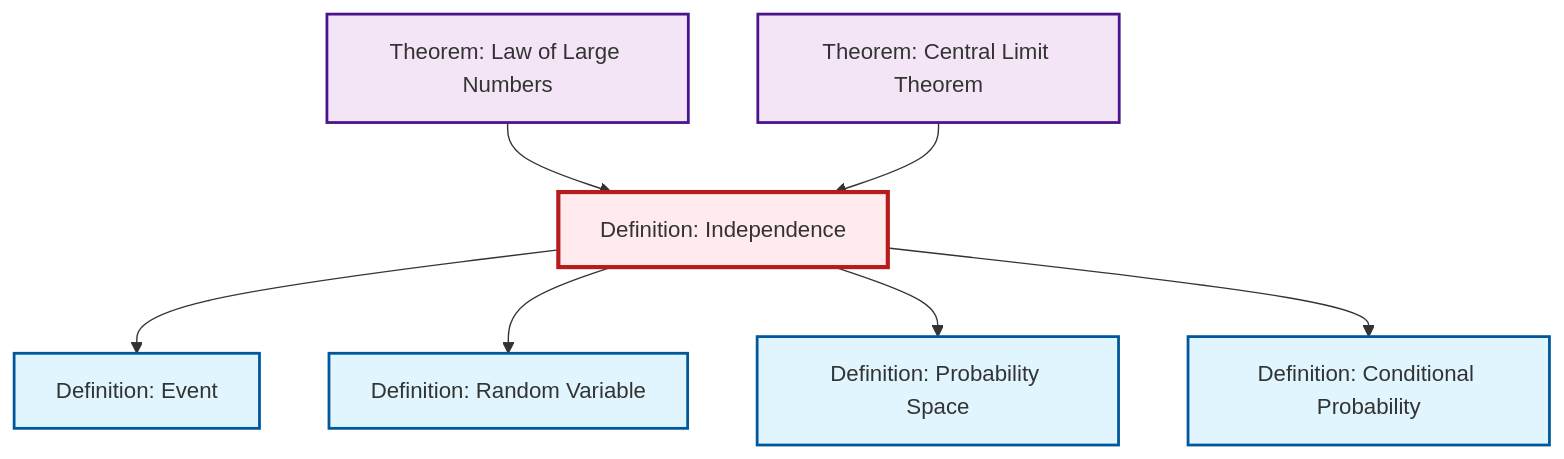
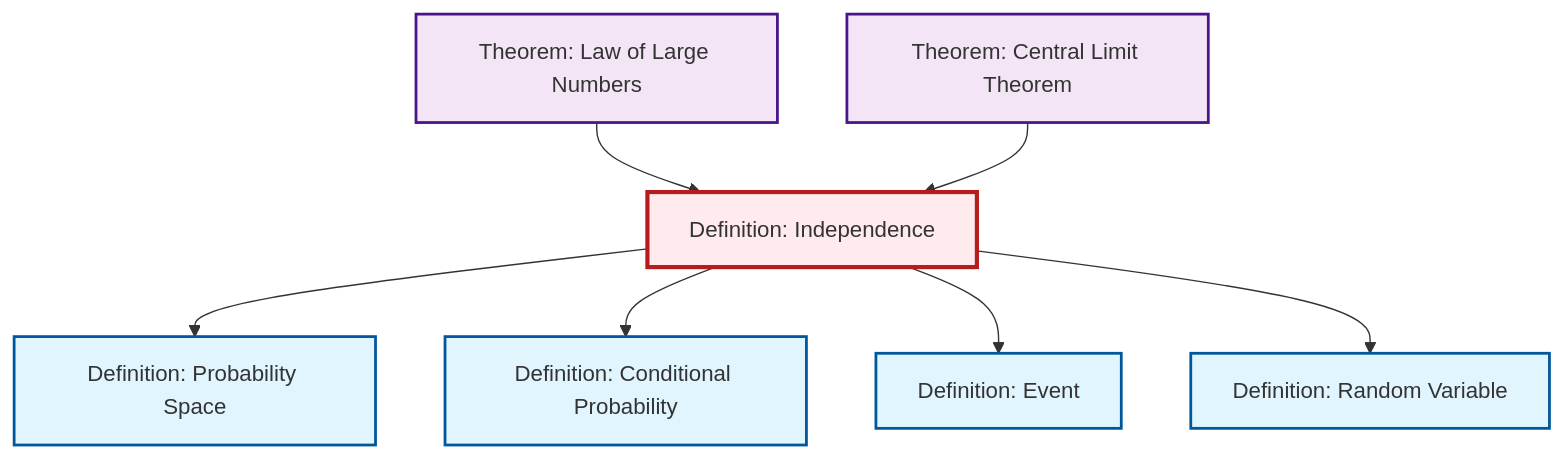
One commit to RK0429/ModernMath changed the diagram in content/en/probability-statistics/def-independence.qmd. Above: the diagram before and after it, drawn with Mermaid. The commit also changed other lines of this file and 581 other files, not shown here.

````diff
--- a/content/en/probability-statistics/def-independence.qmd
+++ b/content/en/probability-statistics/def-independence.qmd
@@ -113,29 +113,29 @@
 ```{mermaid}
 %%| fig-cap: "Local dependency graph"
 graph TD
     classDef definition fill:#e1f5fe,stroke:#01579b,stroke-width:2px
     classDef theorem fill:#f3e5f5,stroke:#4a148c,stroke-width:2px
     classDef axiom fill:#fff3e0,stroke:#e65100,stroke-width:2px
     classDef example fill:#e8f5e9,stroke:#1b5e20,stroke-width:2px
     classDef current fill:#ffebee,stroke:#b71c1c,stroke-width:3px
+    def-probability-space["Definition: Probability Space"]:::definition
+    def-independence["Definition: Independence"]:::definition
+    thm-central-limit["Theorem: Central Limit Theorem"]:::theorem
     def-event["Definition: Event"]:::definition
+    thm-law-of-large-numbers["Theorem: Law of Large Numbers"]:::theorem
     def-random-variable["Definition: Random Variable"]:::definition
-    thm-law-of-large-numbers["Theorem: Law of Large Numbers"]:::theorem
-    def-probability-space["Definition: Probability Space"]:::definition
-    thm-central-limit["Theorem: Central Limit Theorem"]:::theorem
-    def-independence["Definition: Independence"]:::definition
     def-conditional-probability["Definition: Conditional Probability"]:::definition
+    def-independence --> def-probability-space
+    def-independence --> def-conditional-probability
+    thm-law-of-large-numbers --> def-independence
     def-independence --> def-event
-    thm-law-of-large-numbers --> def-independence
     def-independence --> def-random-variable
-    def-independence --> def-probability-space
     thm-central-limit --> def-independence
-    def-independence --> def-conditional-probability
     class def-independence current
-    click def-event "def-event.html" "Go to Event definition"
-    click def-random-variable "def-random-variable.html" "Go to Random Variable definition"
-    click thm-law-of-large-numbers "thm-law-of-large-numbers.html" "Go to Law of Large Numbers theorem"
     click def-probability-space "def-probability-space.html" "Go to Probability Space definition"
     click thm-central-limit "thm-central-limit.html" "Go to Central Limit Theorem theorem"
+    click def-event "def-event.html" "Go to Event definition"
+    click thm-law-of-large-numbers "thm-law-of-large-numbers.html" "Go to Law of Large Numbers theorem"
+    click def-random-variable "def-random-variable.html" "Go to Random Variable definition"
     click def-conditional-probability "def-conditional-probability.html" "Go to Conditional Probability definition"
 ```
````
